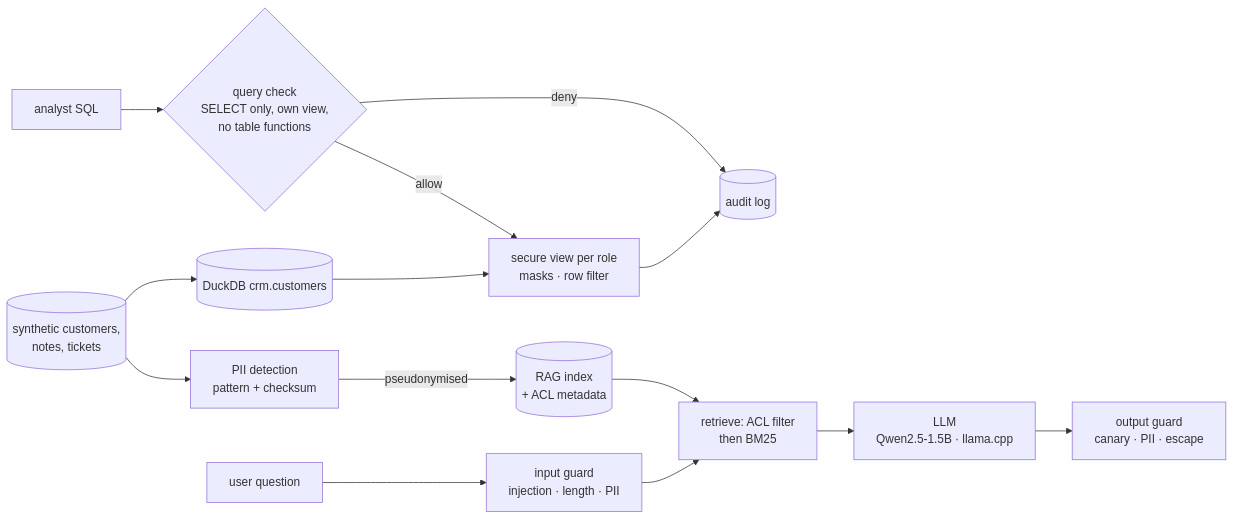
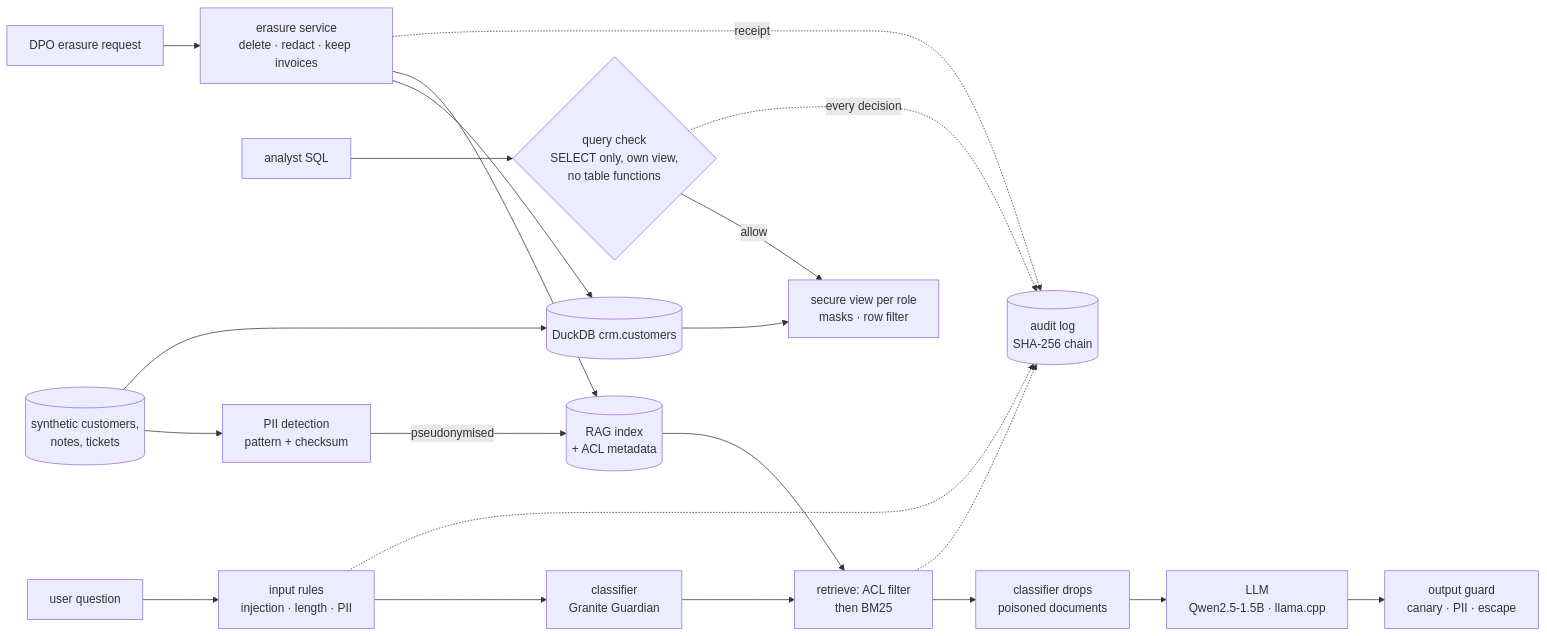
One commit to masterfabric/masterfabric-secure-data-ai changed the diagram in README.md. Above: the diagram before and after it, drawn with Mermaid. The commit also changed other lines of this file and 1 other file, not shown here.

Commit message:
README: sections 5-7 (classifier layer, audit log and dashboard, KVKK erasure), key results, figures 6-8, limitations

````diff
--- a/README.md
+++ b/README.md
@@ -44,16 +54,23 @@
 ```mermaid
 flowchart LR
   S[(synthetic customers,<br/>notes, tickets)] --> P[PII detection<br/>pattern + checksum]
   P -->|pseudonymised| I[(RAG index<br/>+ ACL metadata)]
   S --> D[(DuckDB crm.customers)]
   D --> V[secure view per role<br/>masks · row filter]
   A[analyst SQL] --> Q{query check<br/>SELECT only, own view,<br/>no table functions}
   Q -->|allow| V
-  Q -->|deny| L[(audit log)]
-  V --> L
-  U[user question] --> G1[input guard<br/>injection · length · PII]
-  G1 --> R[retrieve: ACL filter<br/>then BM25]
+  Q -.->|every decision| L[(audit log<br/>SHA-256 chain)]
+  U[user question] --> G1[input rules<br/>injection · length · PII]
+  G1 --> C1[classifier<br/>Granite Guardian]
+  C1 --> R[retrieve: ACL filter<br/>then BM25]
   I --> R
-  R --> M[LLM<br/>Qwen2.5-1.5B · llama.cpp]
+  R --> C2[classifier drops<br/>poisoned documents]
+  C2 --> M[LLM<br/>Qwen2.5-1.5B · llama.cpp]
   M --> G2[output guard<br/>canary · PII · escape]
+  G1 -.-> L
+  R -.-> L
+  E[DPO erasure request] --> X[erasure service<br/>delete · redact · keep invoices]
+  X --> D
+  X --> I
+  X -.->|receipt| L
 ```
````
